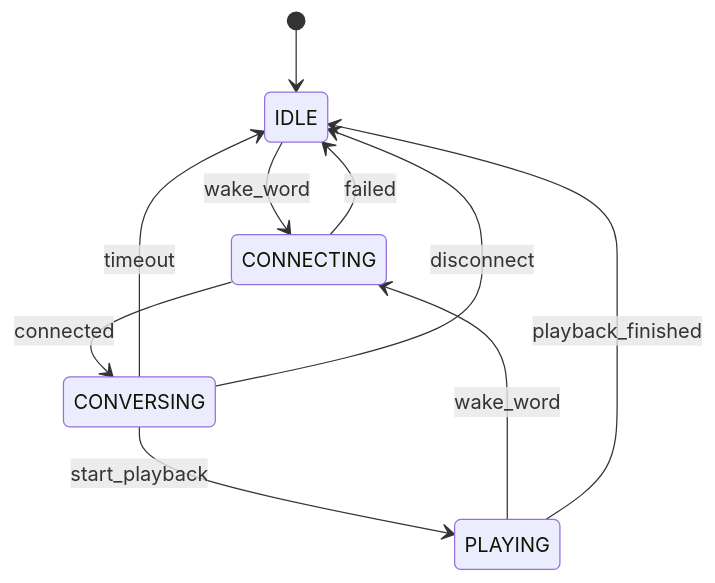
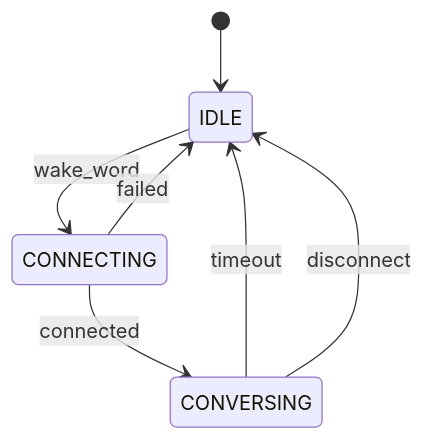
Before and after one commit to ma-r-s/Huxley: the second of 5 diagrams in docs/architecture.md, drawn with Mermaid. The commit also changed other lines of this file and 5 other files, not shown here.

````diff
--- a/docs/architecture.md
+++ b/docs/architecture.md
@@ -57,12 +57,9 @@
 ```mermaid
 stateDiagram-v2
     [*] --> IDLE
     IDLE --> CONNECTING: wake_word
     CONNECTING --> CONVERSING: connected
     CONNECTING --> IDLE: failed
-    CONVERSING --> PLAYING: start_playback
     CONVERSING --> IDLE: timeout
     CONVERSING --> IDLE: disconnect
-    PLAYING --> CONNECTING: wake_word
-    PLAYING --> IDLE: playback_finished
 ```
````
